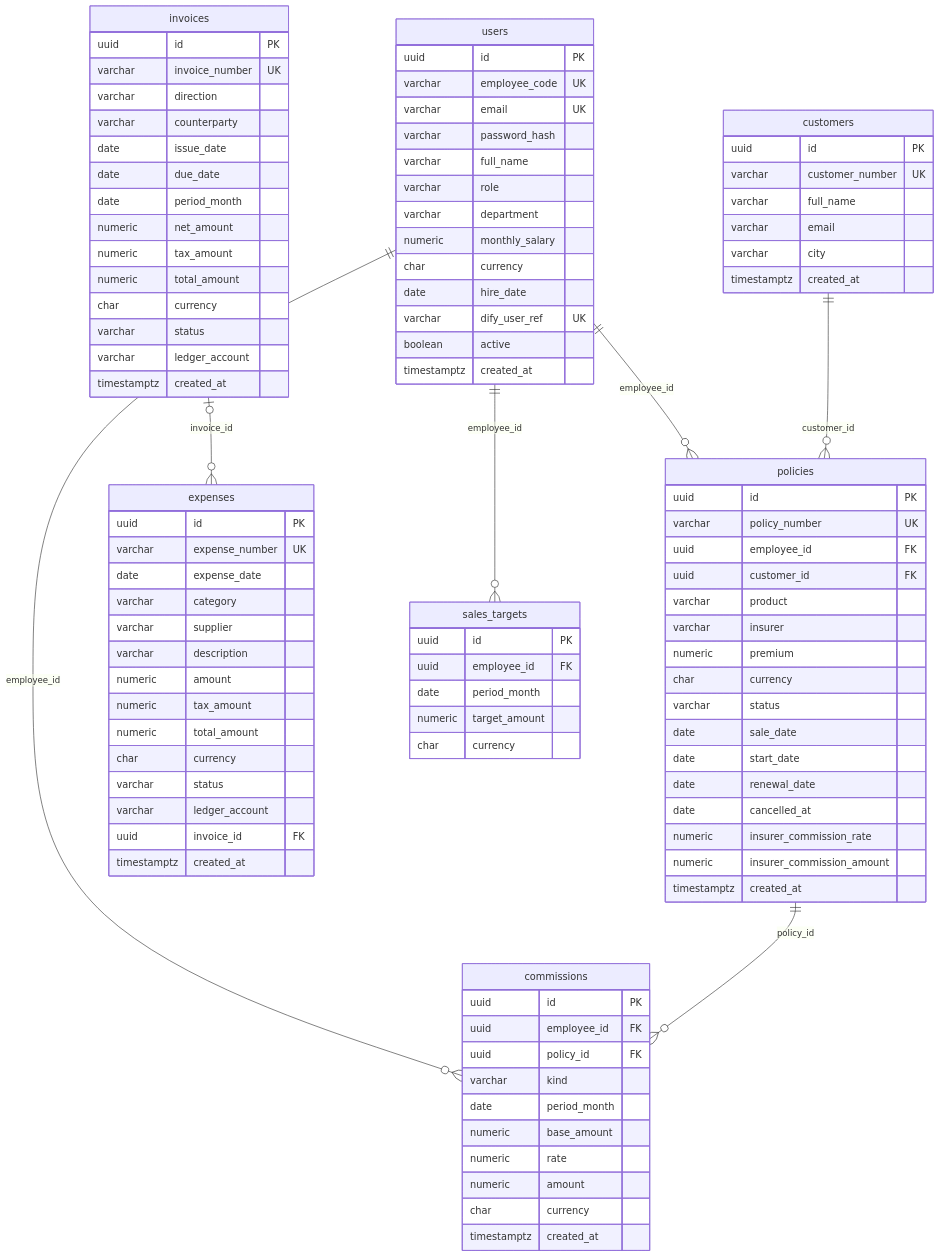
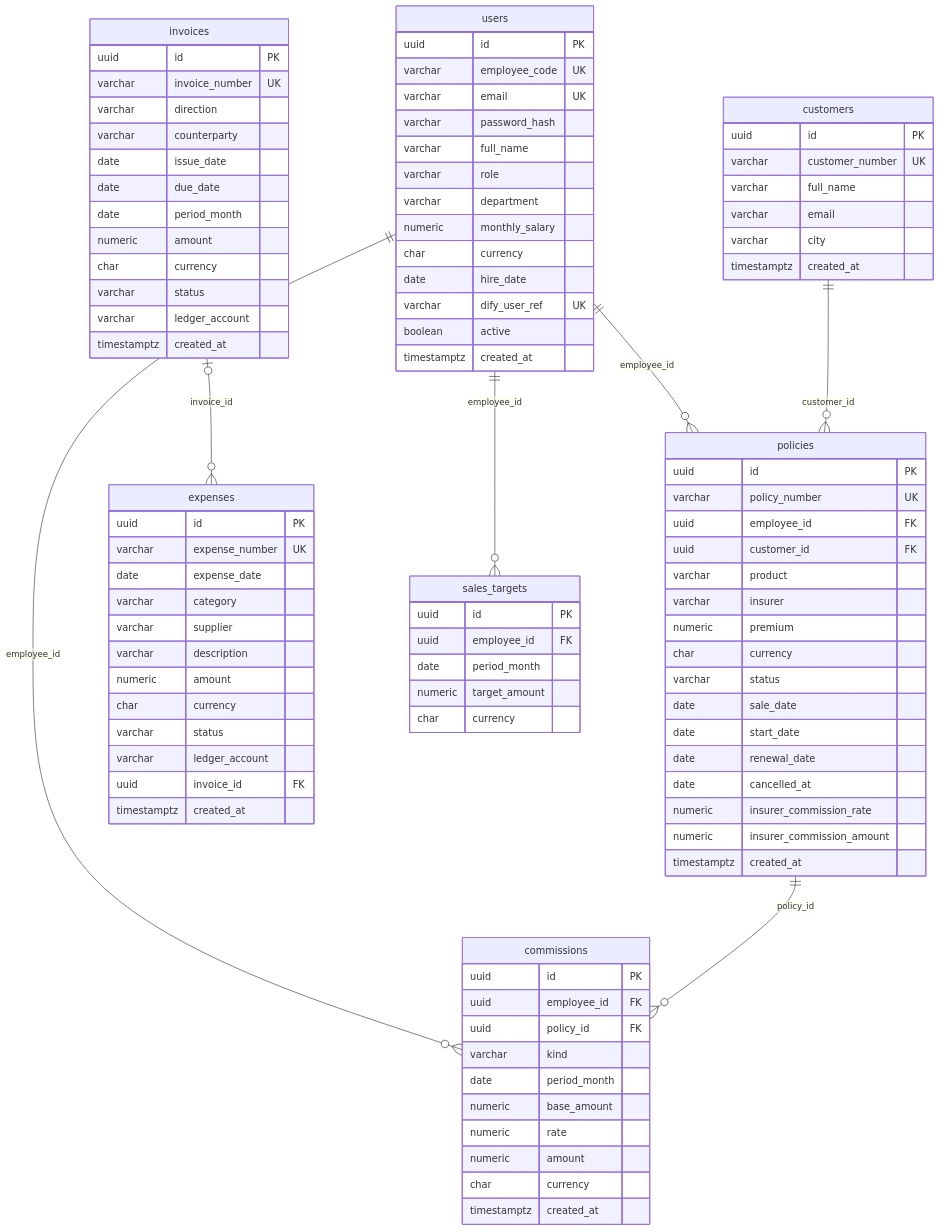
Before and after one commit to pedroamas/segur_plus: the third of 4 diagrams in docs/data-model/erd.md, drawn with Mermaid. The commit also changed other lines of this file and 1 other file, not shown here.

Commit message:
Esquema: sin IVA (importe único) y tabla refresh_tokens (12 tablas), ERD regenerado

```diff
--- a/docs/data-model/erd.md
+++ b/docs/data-model/erd.md
@@ -154,9 +168,7 @@
     date issue_date
     date due_date
     date period_month
-    numeric net_amount
-    numeric tax_amount
-    numeric total_amount
+    numeric amount
     char currency
     varchar status
     varchar ledger_account
@@ -170,8 +182,6 @@
     varchar supplier
     varchar description
     numeric amount
-    numeric tax_amount
-    numeric total_amount
     char currency
     varchar status
     varchar ledger_account
```
